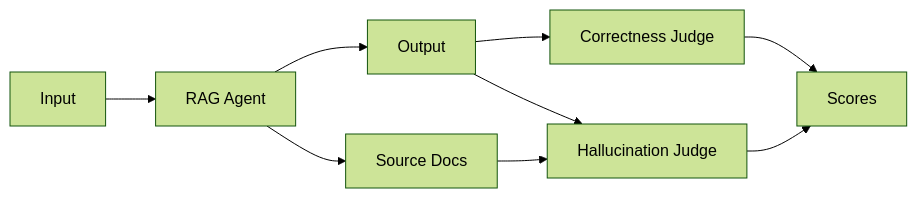
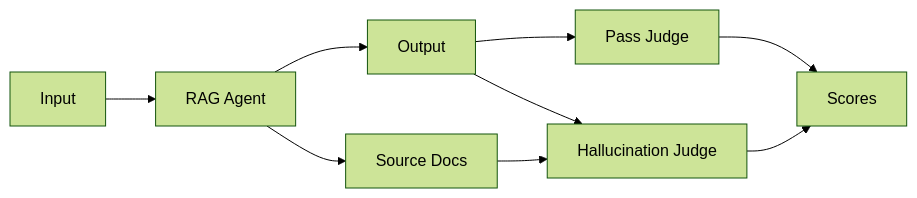
The diagram in docs/examples/rag-agent.mdx (camronh/EZVals), drawn with Mermaid (forest theme) before and after one commit. The commit also changed other lines of this file and 24 other files, not shown here.

Commit message:
rename default score key from correctness to pass (closes #32)

````diff
--- a/docs/examples/rag-agent.mdx
+++ b/docs/examples/rag-agent.mdx
@@ -21,11 +21,11 @@
 ```mermaid
 flowchart LR
     A[Input] --> B[RAG Agent]
     B --> C[Output]
     B --> D[Source Docs]
-    C --> E[Correctness Judge]
+    C --> E[Pass Judge]
     D --> F[Hallucination Judge]
     C --> F
     E --> G[Scores]
     F --> G
 ```
````
